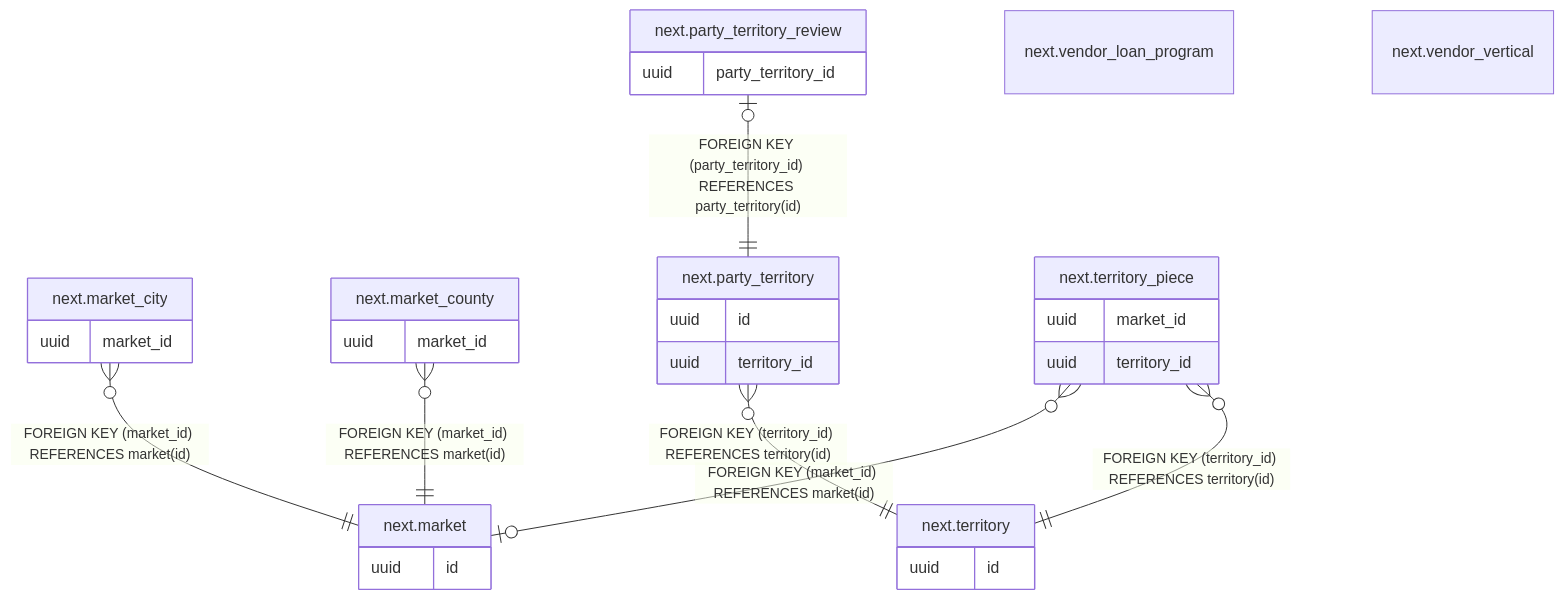
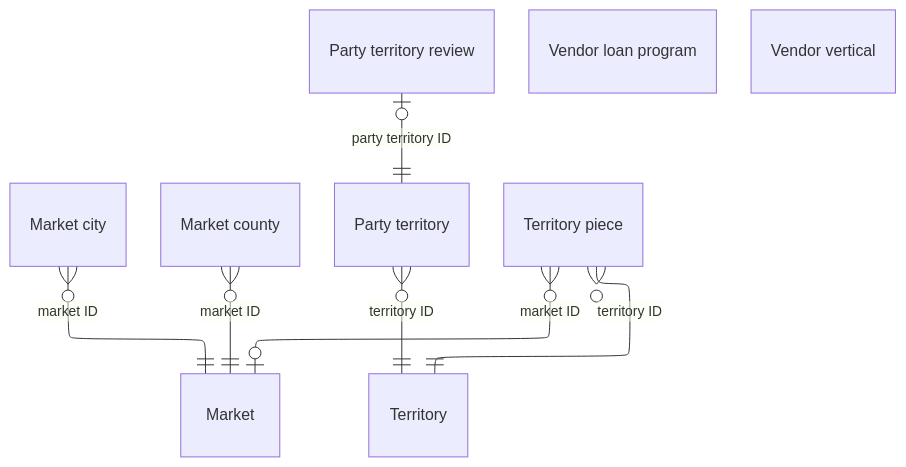
The diagram in docs/database/tables/viewpoint-vendors-territories.md (DoctorCRE/doctorcre-engine), drawn with Mermaid before and after one commit. The commit also changed other lines of this file and 29 other files, not shown here.

````diff
--- a/docs/database/tables/viewpoint-vendors-territories.md
+++ b/docs/database/tables/viewpoint-vendors-territories.md
@@ -23,38 +3,25 @@
 ```mermaid
+---
+config:
+  layout: elk
+  er:
+    nodeSpacing: 22
+    rankSpacing: 44
+---
 erDiagram
-
-"next.market_city" }o--|| "next.market" : "FOREIGN KEY (market_id) REFERENCES market(id)"
-"next.market_county" }o--|| "next.market" : "FOREIGN KEY (market_id) REFERENCES market(id)"
-"next.party_territory" }o--|| "next.territory" : "FOREIGN KEY (territory_id) REFERENCES territory(id)"
-"next.party_territory_review" |o--|| "next.party_territory" : "FOREIGN KEY (party_territory_id) REFERENCES party_territory(id)"
-"next.territory_piece" }o--o| "next.market" : "FOREIGN KEY (market_id) REFERENCES market(id)"
-"next.territory_piece" }o--|| "next.territory" : "FOREIGN KEY (territory_id) REFERENCES territory(id)"
-
-"next.market" {
-  uuid id
-}
-"next.market_city" {
-  uuid market_id
-}
-"next.market_county" {
-  uuid market_id
-}
-"next.party_territory" {
-  uuid id
-  uuid territory_id
-}
-"next.party_territory_review" {
-  uuid party_territory_id
-}
-"next.territory" {
-  uuid id
-}
-"next.territory_piece" {
-  uuid market_id
-  uuid territory_id
-}
-"next.vendor_loan_program" {
-}
-"next.vendor_vertical" {
-}
+  "Market"
+  "Market city"
+  "Market county"
+  "Party territory"
+  "Party territory review"
+  "Territory"
+  "Territory piece"
+  "Vendor loan program"
+  "Vendor vertical"
+  "Market city" }o--|| "Market" : "market ID"
+  "Market county" }o--|| "Market" : "market ID"
+  "Party territory" }o--|| "Territory" : "territory ID"
+  "Party territory review" |o--|| "Party territory" : "party territory ID"
+  "Territory piece" }o--o| "Market" : "market ID"
+  "Territory piece" }o--|| "Territory" : "territory ID"
 ```
````
